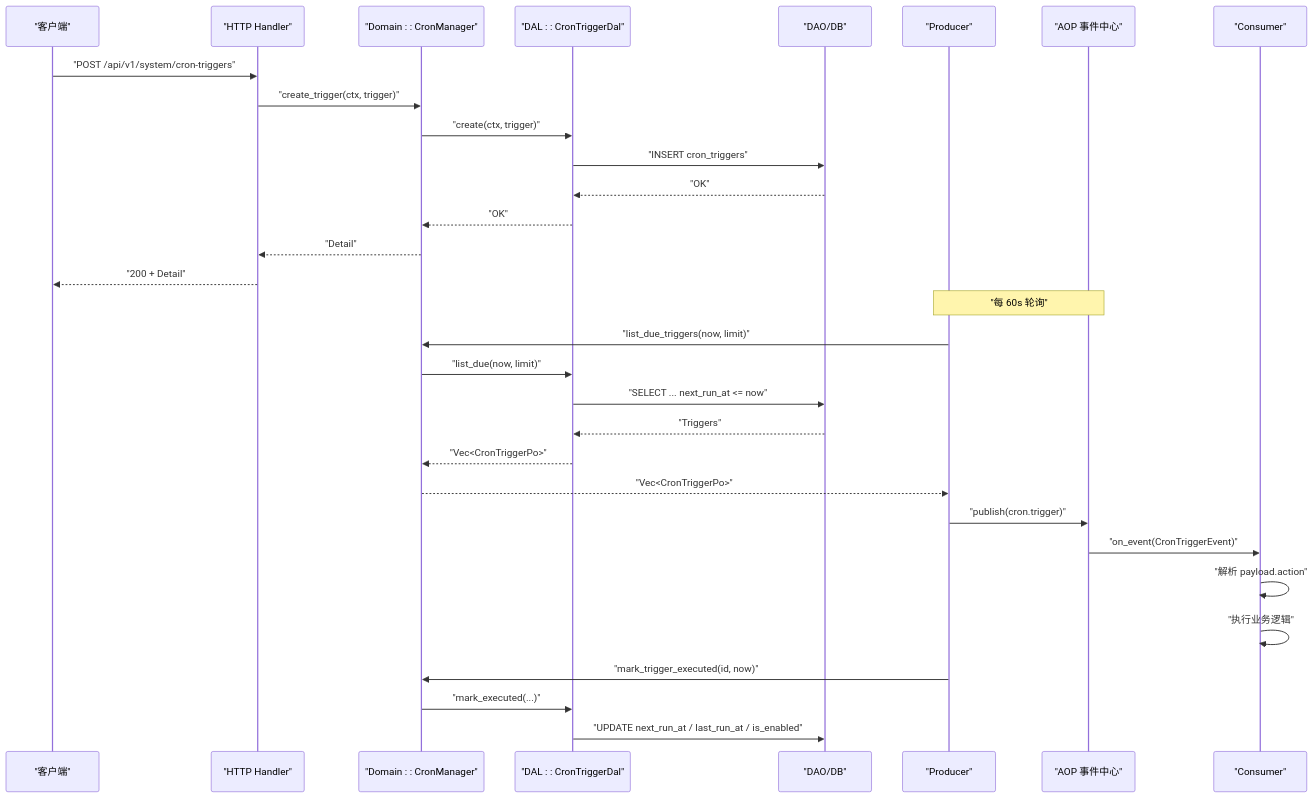
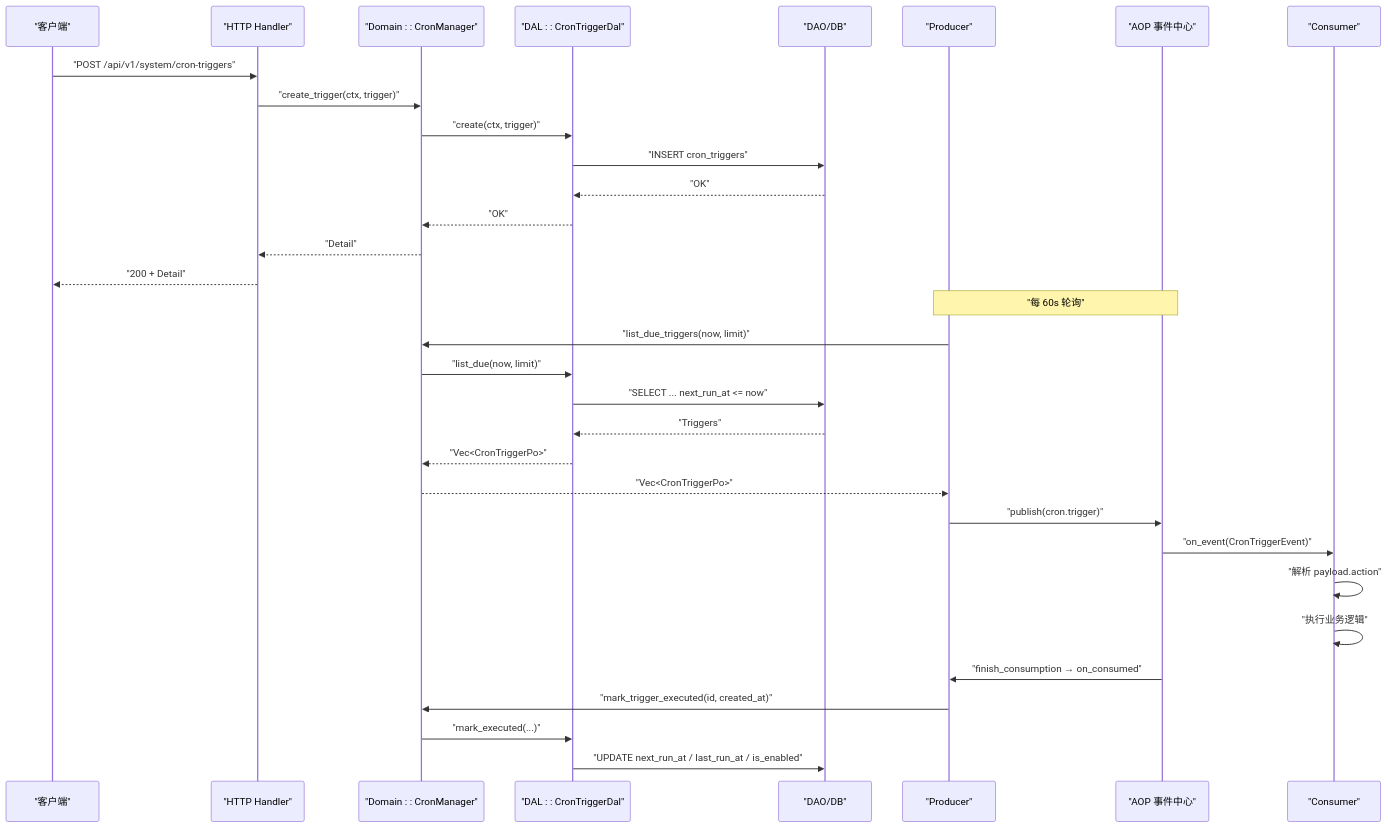
One commit to runningcoders/ai_orz changed the second of 4 diagrams in docs/wiki/zh/content/项目概述/核心功能特性/系统管理功能/定时任务管理.md. Above: the diagram before and after it, drawn with Mermaid. The commit also changed other lines of this file and 37 other files, not shown here.

````diff
--- a/docs/wiki/zh/content/项目概述/核心功能特性/系统管理功能/定时任务管理.md
+++ b/docs/wiki/zh/content/项目概述/核心功能特性/系统管理功能/定时任务管理.md
@@ -108,33 +115,34 @@
 ```mermaid
 sequenceDiagram
 participant C as "客户端"
 participant H as "HTTP Handler"
 participant D as "Domain : : CronManager"
 participant L as "DAL : : CronTriggerDal"
 participant DB as "DAO/DB"
 participant P as "Producer"
 participant E as "AOP 事件中心"
 participant K as "Consumer"
 C->>H : "POST /api/v1/system/cron-triggers"
 H->>D : "create_trigger(ctx, trigger)"
 D->>L : "create(ctx, trigger)"
 L->>DB : "INSERT cron_triggers"
 DB-->>L : "OK"
 L-->>D : "OK"
 D-->>H : "Detail"
 H-->>C : "200 + Detail"
 Note over P,E : "每 60s 轮询"
 P->>D : "list_due_triggers(now, limit)"
 D->>L : "list_due(now, limit)"
 L->>DB : "SELECT ... next_run_at <= now"
 DB-->>L : "Triggers"
 L-->>D : "Vec<CronTriggerPo>"
 D-->>P : "Vec<CronTriggerPo>"
 P->>E : "publish(cron.trigger)"
 E->>K : "on_event(CronTriggerEvent)"
 K->>K : "解析 payload.action"
 K->>K : "执行业务逻辑"
-P->>D : "mark_trigger_executed(id, now)"
+E->>P : "finish_consumption → on_consumed"
+P->>D : "mark_trigger_executed(id, created_at)"
 D->>L : "mark_executed(...)"
 L->>DB : "UPDATE next_run_at / last_run_at / is_enabled"
 ```
````
